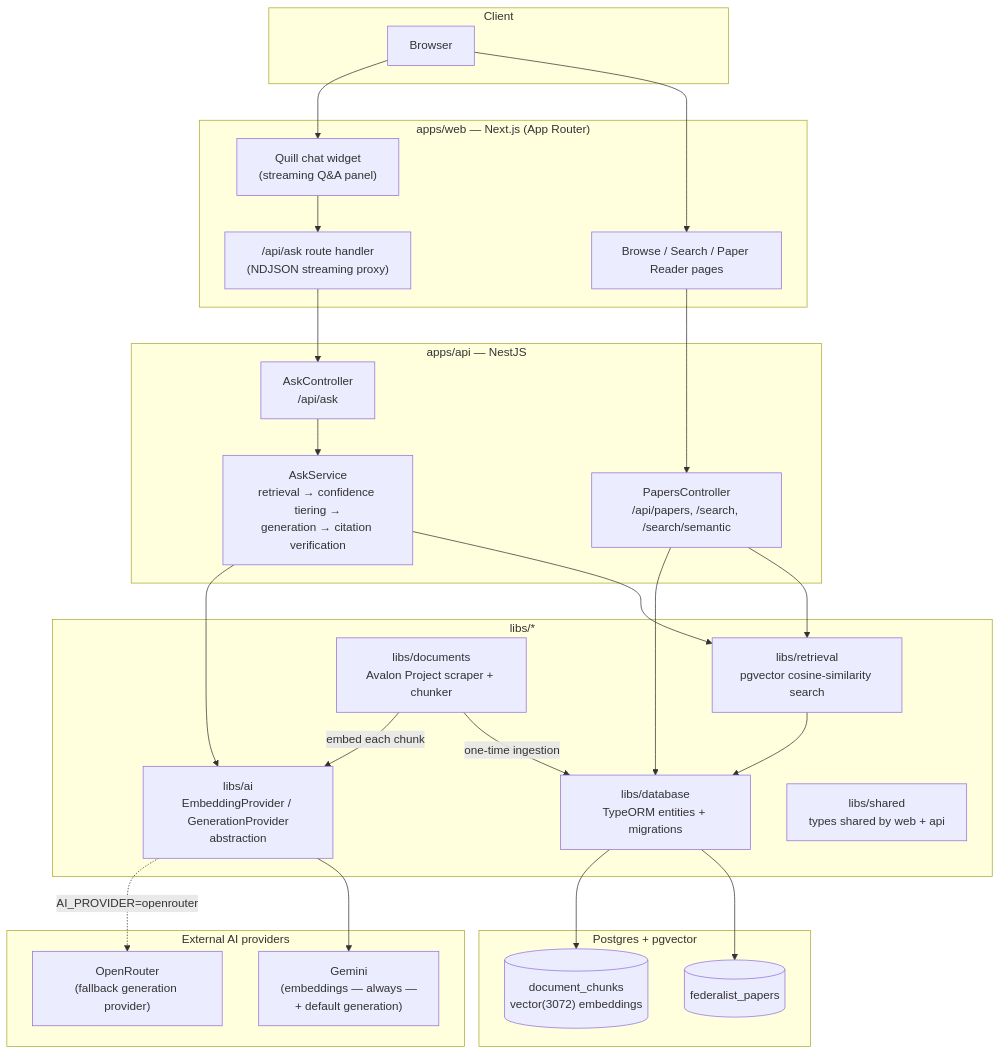
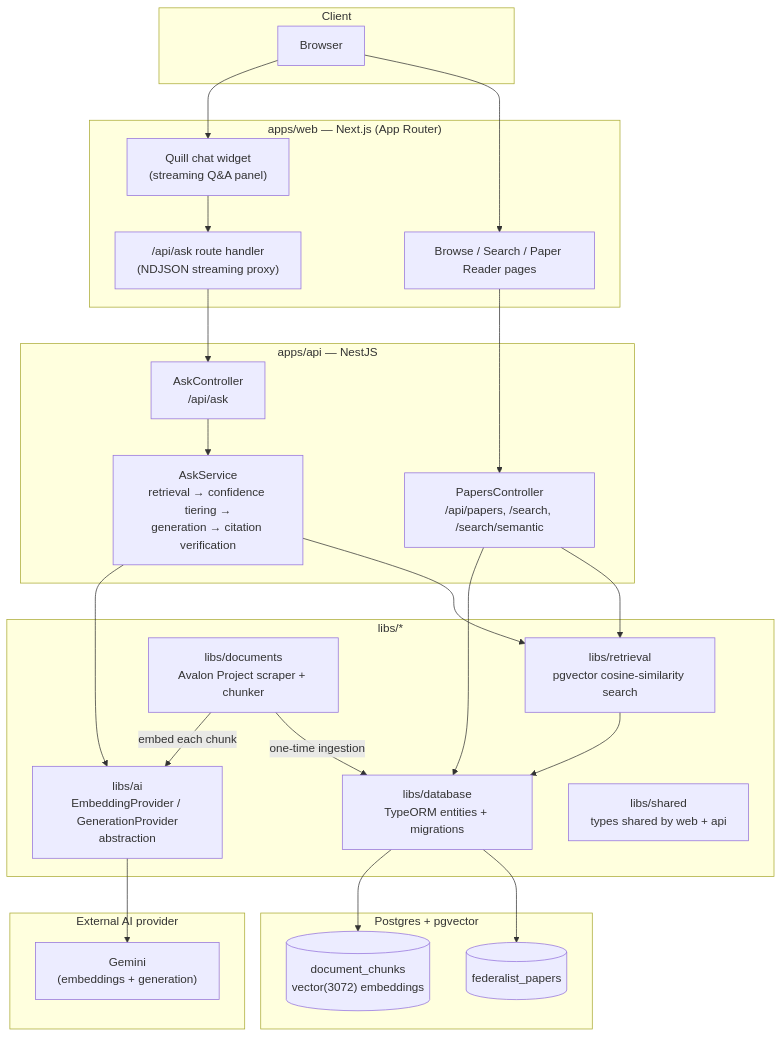
One commit to scotthun/federalist_papers_ai_research_assistant changed the diagram in README.md. Above: the diagram before and after it, drawn with Mermaid. The commit also changed other lines of this file, not shown here.

Commit message:
docs: fix README overstating OpenRouter as an active fallback provider

````diff
--- a/README.md
+++ b/README.md
@@ -36,58 +36,56 @@
 ```mermaid
 flowchart TB
     subgraph Client
         Browser[Browser]
     end
 
     subgraph Web["apps/web — Next.js (App Router)"]
         Pages["Browse / Search / Paper Reader pages"]
         Quill["Quill chat widget<br/>(streaming Q&A panel)"]
         AskRoute["/api/ask route handler<br/>(NDJSON streaming proxy)"]
     end
 
     subgraph Api["apps/api — NestJS"]
         PapersController["PapersController<br/>/api/papers, /search, /search/semantic"]
         AskController["AskController<br/>/api/ask"]
         AskService["AskService<br/>retrieval → confidence tiering →<br/>generation → citation verification"]
     end
 
     subgraph Libs["libs/*"]
         Retrieval["libs/retrieval<br/>pgvector cosine-similarity search"]
         Ai["libs/ai<br/>EmbeddingProvider / GenerationProvider<br/>abstraction"]
         Documents["libs/documents<br/>Avalon Project scraper + chunker"]
         Database["libs/database<br/>TypeORM entities + migrations"]
         Shared["libs/shared<br/>types shared by web + api"]
     end
 
     subgraph Data["Postgres + pgvector"]
         Papers[("federalist_papers")]
         Chunks[("document_chunks<br/>vector(3072) embeddings")]
     end
 
-    subgraph External["External AI providers"]
-        Gemini["Gemini<br/>(embeddings — always —<br/>+ default generation)"]
-        OpenRouter["OpenRouter<br/>(fallback generation provider)"]
+    subgraph External["External AI provider"]
+        Gemini["Gemini<br/>(embeddings + generation)"]
     end
 
     Browser --> Pages
     Browser --> Quill
     Quill --> AskRoute
     AskRoute --> AskController
     Pages --> PapersController
 
     AskController --> AskService
     PapersController --> Retrieval
     AskService --> Retrieval
     AskService --> Ai
 
     Retrieval --> Database
     PapersController --> Database
     Database --> Papers
     Database --> Chunks
 
     Ai --> Gemini
-    Ai -.->|"AI_PROVIDER=openrouter"| OpenRouter
 
     Documents -->|"one-time ingestion"| Database
     Documents -->|"embed each chunk"| Ai
 ```
````
